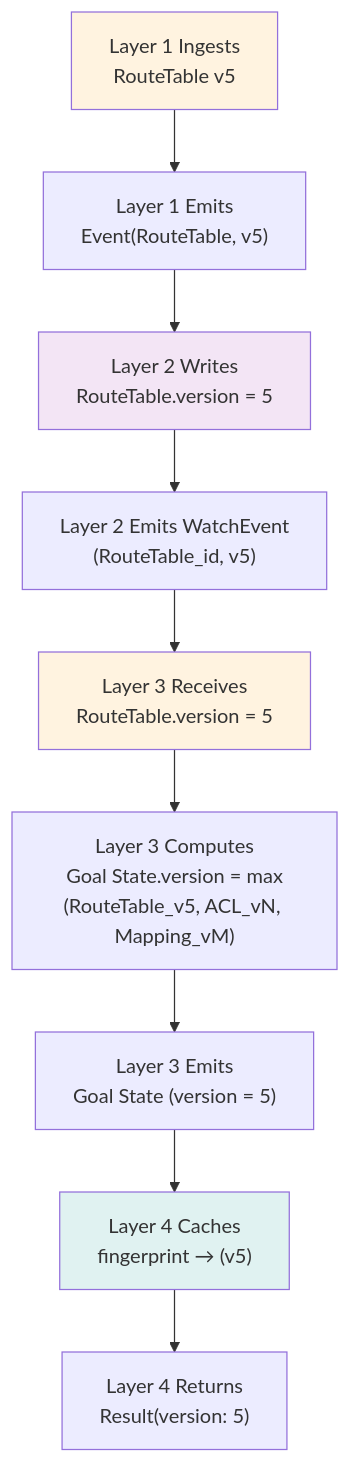
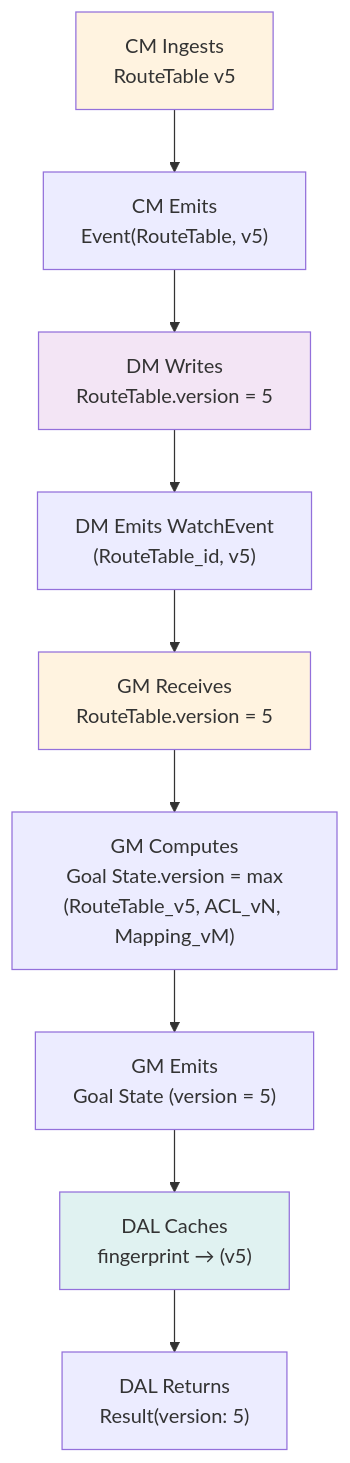
One commit to rashmirrout/DashFabric changed the second of 2 diagrams in docs/FM-Designs/FM_DESIGN_SCHEMAS_SUPER_ENHANCED.md. Above: the diagram before and after it, drawn with Mermaid. The commit also changed other lines of this file and 32 other files, not shown here.

````diff
--- a/docs/FM-Designs/FM_DESIGN_SCHEMAS_SUPER_ENHANCED.md
+++ b/docs/FM-Designs/FM_DESIGN_SCHEMAS_SUPER_ENHANCED.md
@@ -240,34 +240,34 @@
 ```mermaid
 graph TD
-    A["Layer 1 Ingests<br/>RouteTable v5"]
+    A["CM Ingests<br/>RouteTable v5"]
     
-    B["Layer 1 Emits<br/>Event(RouteTable, v5)"]
+    B["CM Emits<br/>Event(RouteTable, v5)"]
     
-    C["Layer 2 Writes<br/>RouteTable.version = 5"]
+    C["DM Writes<br/>RouteTable.version = 5"]
     
-    D["Layer 2 Emits WatchEvent<br/>(RouteTable_id, v5)"]
+    D["DM Emits WatchEvent<br/>(RouteTable_id, v5)"]
     
-    E["Layer 3 Receives<br/>RouteTable.version = 5"]
+    E["GM Receives<br/>RouteTable.version = 5"]
     
-    F["Layer 3 Computes<br/>Goal State.version = max<br/>(RouteTable_v5, ACL_vN, Mapping_vM)"]
+    F["GM Computes<br/>Goal State.version = max<br/>(RouteTable_v5, ACL_vN, Mapping_vM)"]
     
-    G["Layer 3 Emits<br/>Goal State (version = 5)"]
+    G["GM Emits<br/>Goal State (version = 5)"]
     
-    H["Layer 4 Caches<br/>fingerprint → (v5)"]
+    H["DAL Caches<br/>fingerprint → (v5)"]
     
-    I["Layer 4 Returns<br/>Result(version: 5)"]
+    I["DAL Returns<br/>Result(version: 5)"]
     
     A --> B
     B --> C
     C --> D
     D --> E
     E --> F
     F --> G
     G --> H
     H --> I
     
     style A fill:#fff3e0
     style C fill:#f3e5f5
     style E fill:#fff3e0
     style H fill:#e0f2f1
 ```
````
